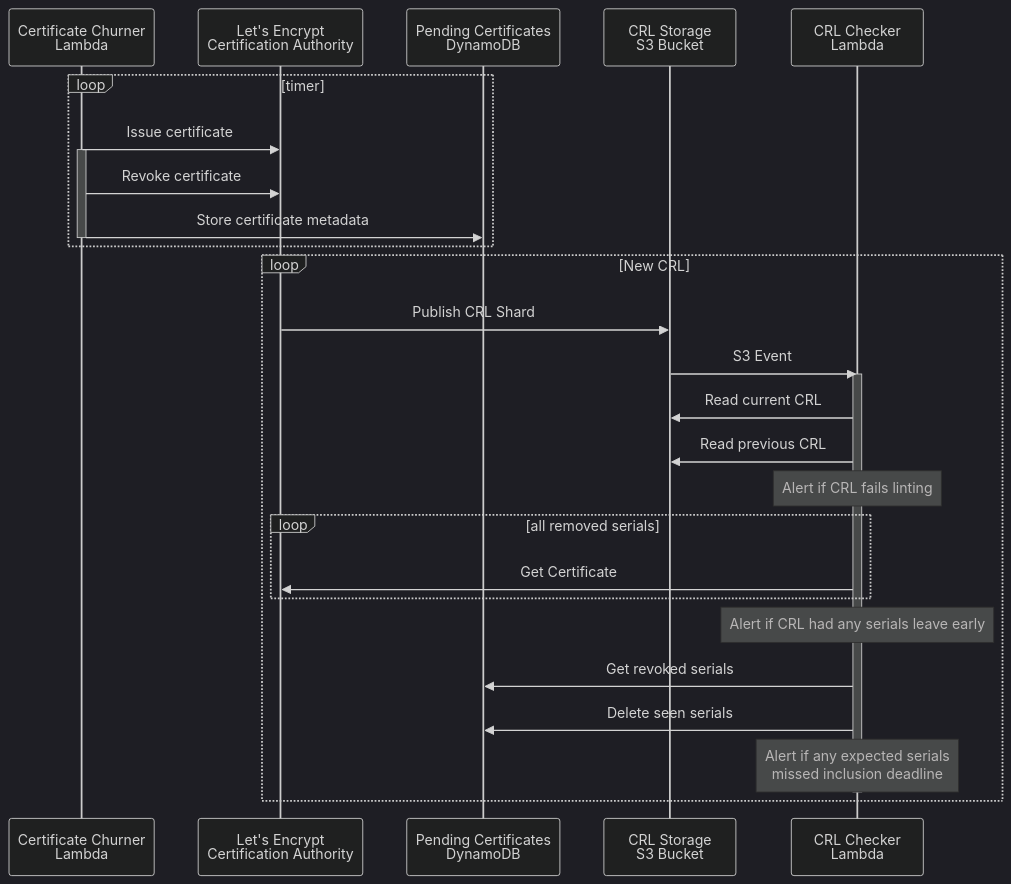
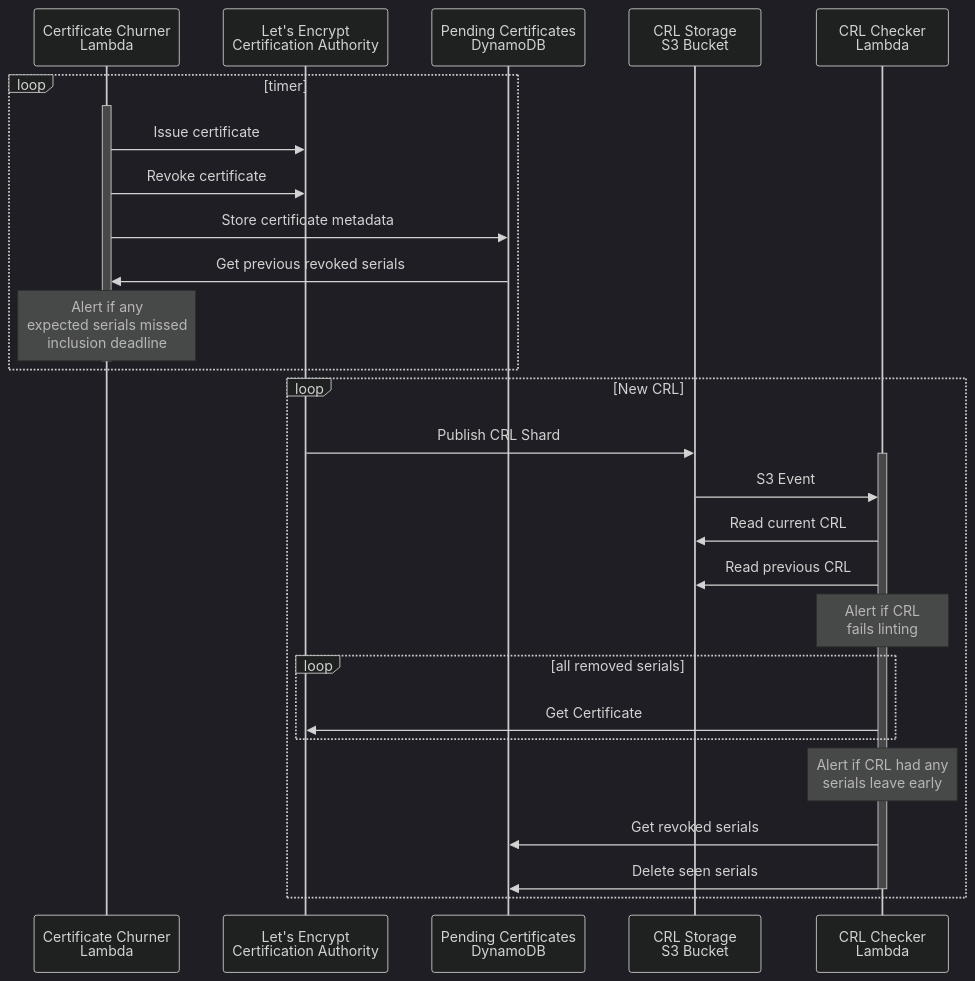
Before and after one commit to letsencrypt/crl-monitor: the diagram in README.md, drawn with Mermaid (dark theme).

Commit message:
Update README.md diagram
Having the CRL checker alert if a serial number is missing from the CRLs
isn't sufficient because it runs on S3 events, so would fail to alert if
no CRLs at all were uploaded and thus never ran.

This changes that check to exist in the churner, which runs on a timer.

````diff
--- a/README.md
+++ b/README.md
@@ -9,33 +9,34 @@
 ```mermaid
 sequenceDiagram
   participant churn as Certificate Churner<br />Lambda
   participant ca as Let's Encrypt<br />Certification Authority
   participant ddb as Pending Certificates<br />DynamoDB
   participant s3 as CRL Storage<br />S3 Bucket
-  participant ccl as CRL Checker<br />Lambda
+  participant checker as CRL Checker<br />Lambda
 
   loop timer
+    activate churn
     churn->>ca: Issue certificate
-    activate churn
     churn->>ca: Revoke certificate
     churn->>ddb: Store certificate metadata
+    ddb->>churn: Get previous revoked serials
+    Note over churn: Alert if any<br />expected serials missed<br />inclusion deadline
     deactivate churn
   end
 
   loop New CRL
     ca->>s3: Publish CRL Shard
-    s3->>ccl: S3 Event
-    activate ccl
-    ccl->>s3: Read current CRL
-    ccl->>s3: Read previous CRL
-    Note over ccl: Alert if CRL fails linting
+    activate checker
+    s3->>checker: S3 Event
+    checker->>s3: Read current CRL
+    checker->>s3: Read previous CRL
+    Note over checker: Alert if CRL<br />fails linting
     loop all removed serials
-      ccl->>ca: Get Certificate
+      checker->>ca: Get Certificate
     end
-    Note over ccl: Alert if CRL had any serials leave early
-    ccl->>ddb: Get revoked serials
-    ccl->>ddb: Delete seen serials
-    Note over ccl: Alert if any expected serials<br/>missed inclusion deadline
-    deactivate ccl
+    Note over checker: Alert if CRL had any<br />serials leave early
+    checker->>ddb: Get revoked serials
+    checker->>ddb: Delete seen serials
+    deactivate checker
   end
 ```
````
